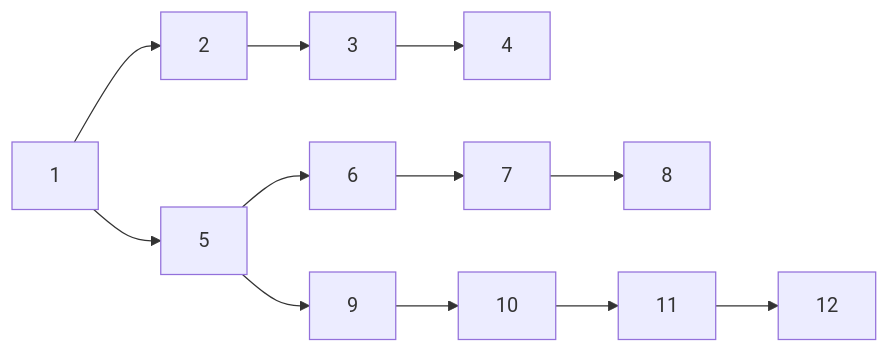
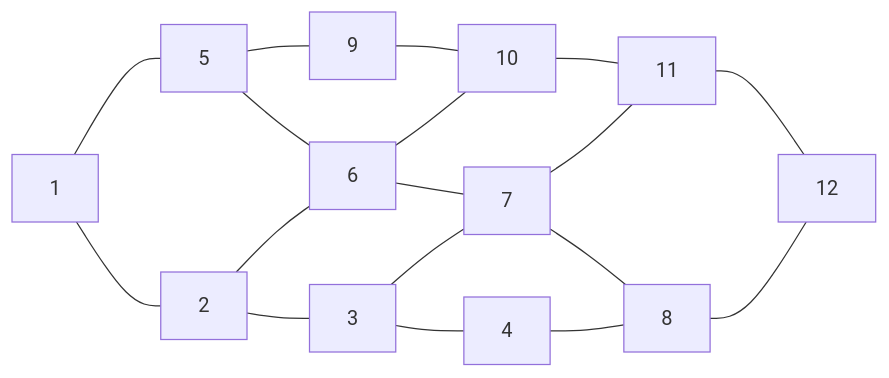
Before and after one commit to athena-tircgo/amr-lsj: the second of 2 diagrams in README.md, drawn with Mermaid.

````diff
--- a/README.md
+++ b/README.md
@@ -50,13 +50,15 @@
 ```mermaid
 graph LR
     %% 第一排
-    A1[1] --> A2[2] --> A3[3] --> A4[4]
+    A1[1] --- A2[2] --- A3[3] --- A4[4]
     %% 第二排
-    A5[5] --> A6[6] --> A7[7] --> A8[8]
+    A5[5] --- A6[6] --- A7[7] --- A8[8]
     %% 第三排
-    A9[9] --> A10[10] --> A11[11] --> A12[12]
+    A9[9] --- A10[10] --- A11[11] --- A12[12]
 
-    %% 垂直連線
-    A1 --> A5
-    A5 --> A9
+    %% 垂直連線（每欄對應）
+    A1 --- A5 --- A9
+    A2 --- A6 --- A10
+    A3 --- A7 --- A11
+    A4 --- A8 --- A12
 ```
````
